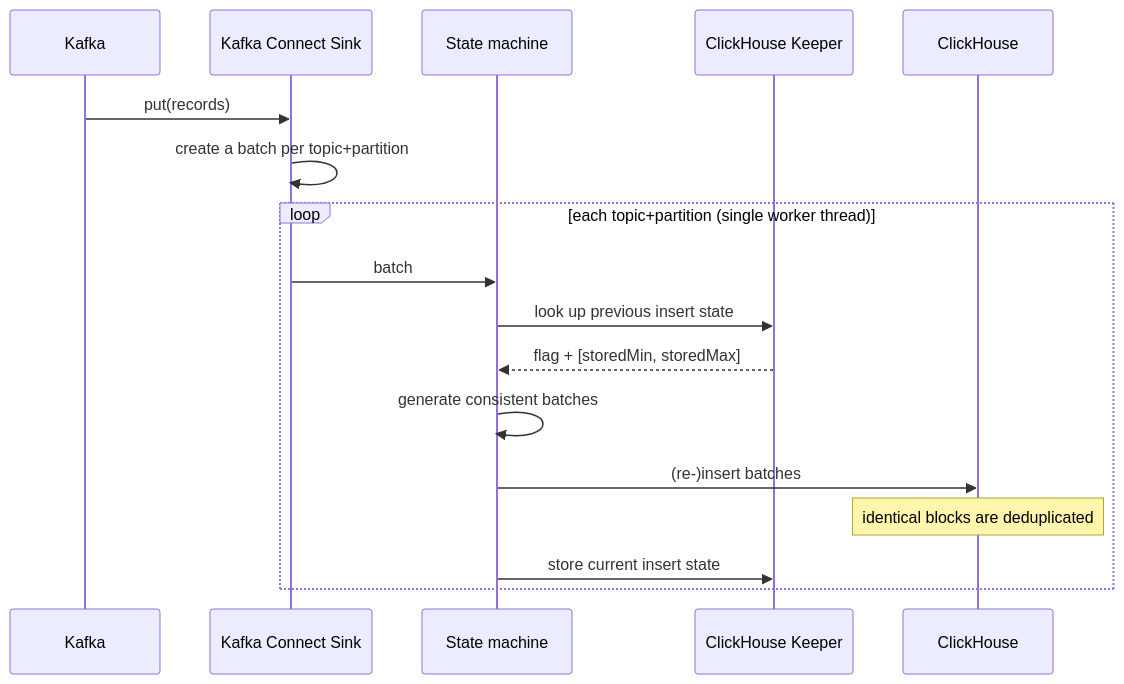
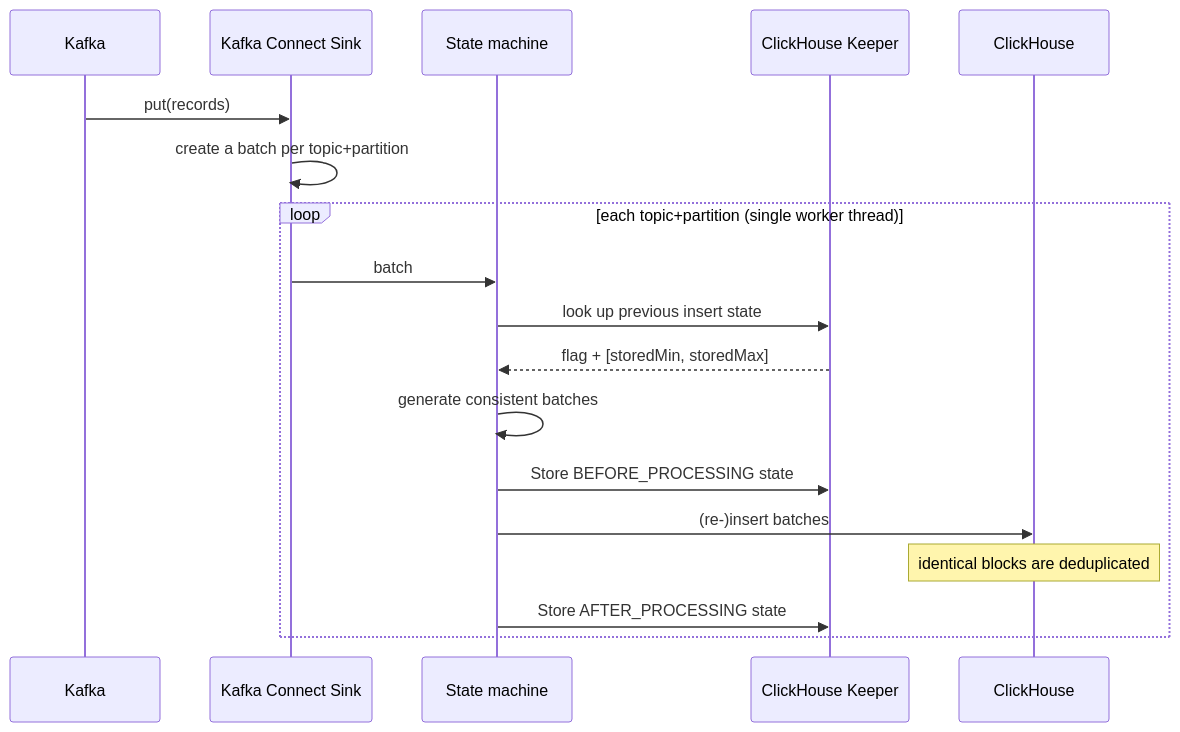
Before and after one commit to ClickHouse/clickhouse-kafka-connect: the second of 2 diagrams in docs/DESIGN.md, drawn with Mermaid. The commit also changed other lines of this file, not shown here.

First line of the commit message:
docs: show BEFORE/AFTER Keeper state in architecture #712

````diff
--- a/docs/DESIGN.md
+++ b/docs/DESIGN.md
@@ -101,20 +101,21 @@
 ```mermaid
 sequenceDiagram
     participant Kafka
     participant Sink as Kafka Connect Sink
     participant SM as State machine
     participant Keeper as ClickHouse Keeper
     participant CH as ClickHouse
 
     Kafka->>Sink: put(records)
     Sink->>Sink: create a batch per topic+partition
     loop each topic+partition (single worker thread)
         Sink->>SM: batch
         SM->>Keeper: look up previous insert state
         Keeper-->>SM: flag + [storedMin, storedMax]
         SM->>SM: generate consistent batches
+        SM->>Keeper: Store BEFORE_PROCESSING state
         SM->>CH: (re-)insert batches
         Note over CH: identical blocks are deduplicated
-        SM->>Keeper: store current insert state
+        SM->>Keeper: Store AFTER_PROCESSING state
     end
 ```
````
